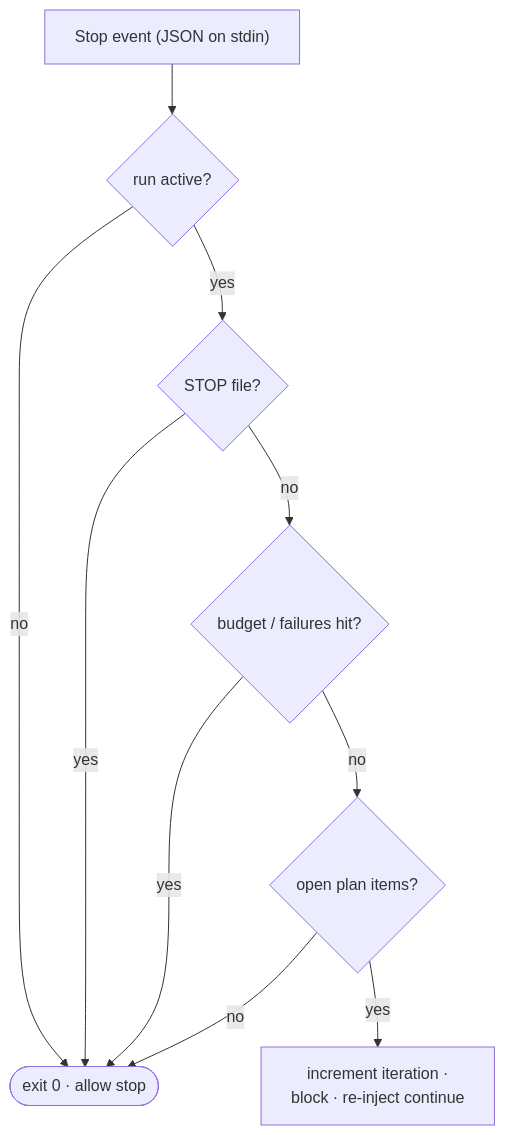
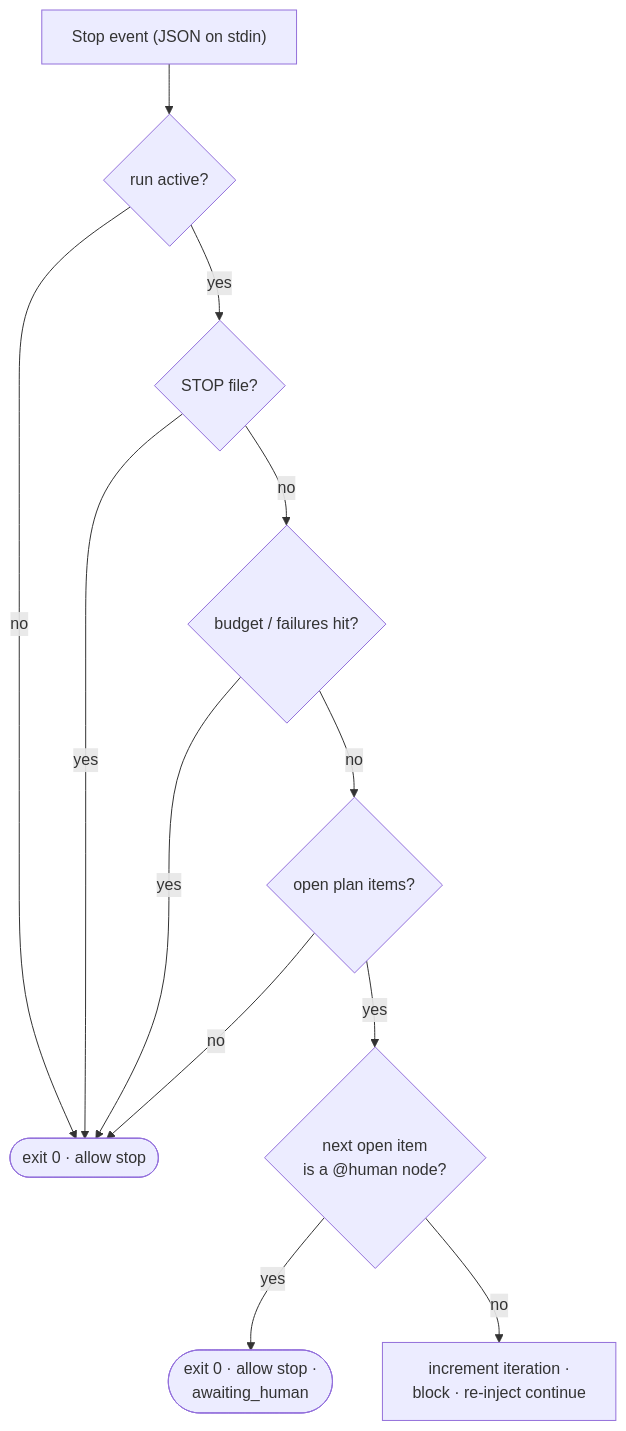
The first of 2 diagrams in docs/reference/hooks.md (Jonhvmp/leopold), drawn with Mermaid before and after one commit. The commit also changed other lines of this file and 69 other files, not shown here.

````diff
--- a/docs/reference/hooks.md
+++ b/docs/reference/hooks.md
@@ -21,12 +21,14 @@
 ```mermaid
 flowchart TD
     In["Stop event (JSON on stdin)"] --> Active{run active?}
     Active -- no --> Allow([exit 0 · allow stop])
     Active -- yes --> Kill{STOP file?}
     Kill -- yes --> Allow
     Kill -- no --> Budget{budget / failures hit?}
     Budget -- yes --> Allow
     Budget -- no --> Plan{open plan items?}
     Plan -- no --> Allow
-    Plan -- yes --> Block["increment iteration ·<br/>block · re-inject continue"]
+    Plan -- yes --> Human{"next open item<br/>is a @human node?"}
+    Human -- yes --> Ask(["exit 0 · allow stop ·<br/>awaiting_human"])
+    Human -- no --> Block["increment iteration ·<br/>block · re-inject continue"]
 ```
````
